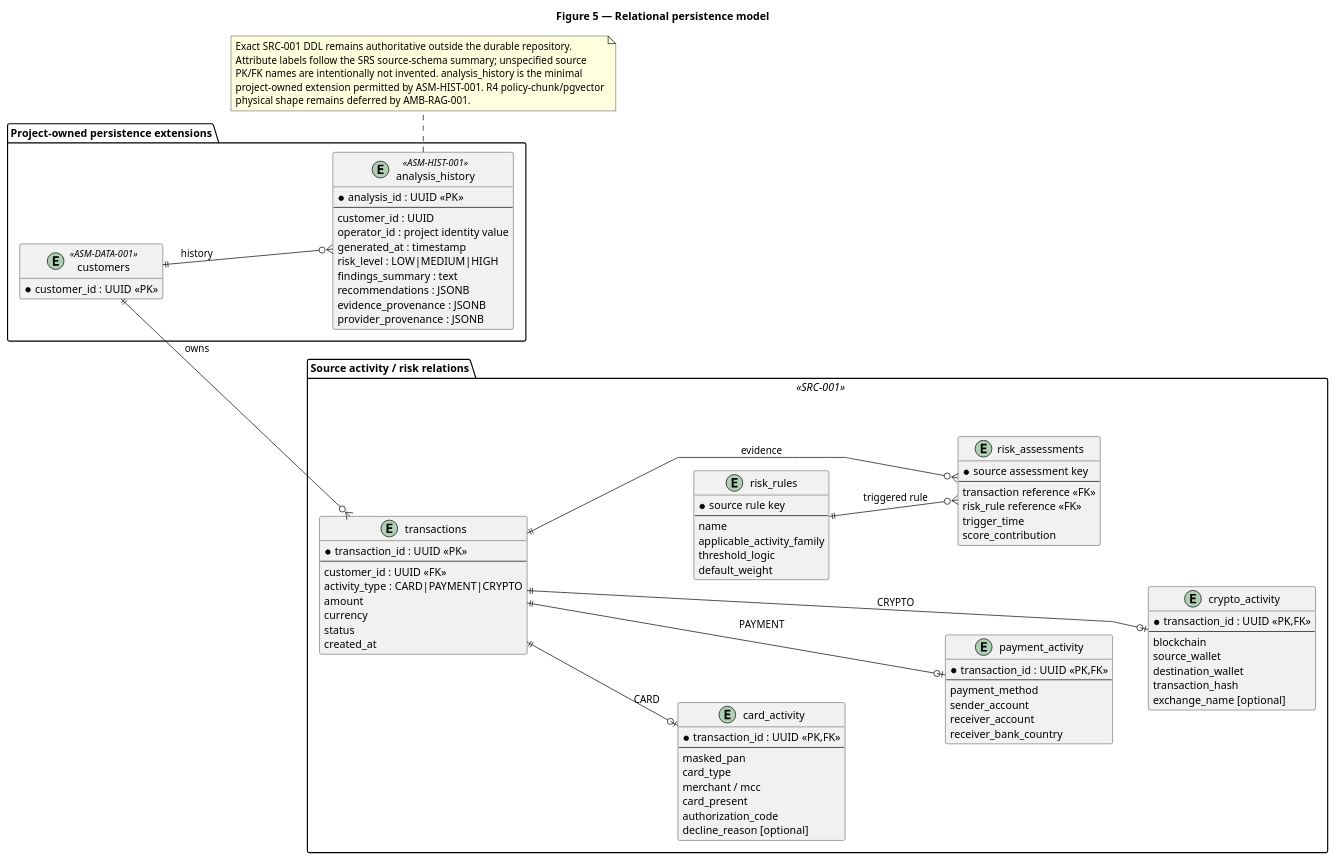
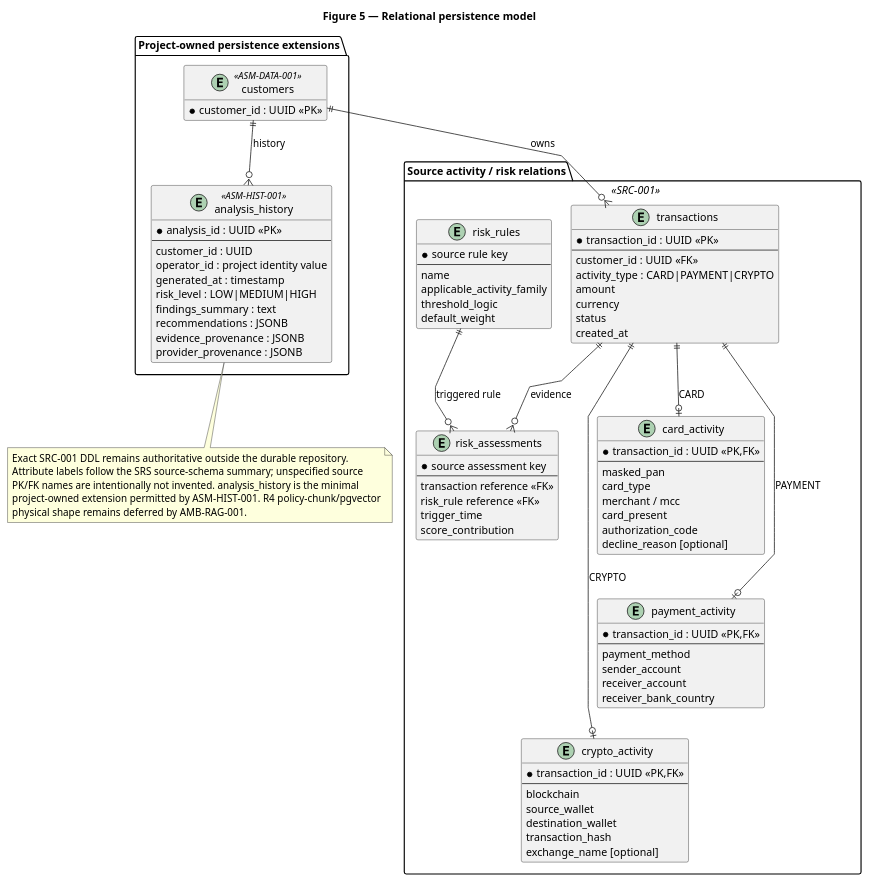
Before and after one commit to jdoe-dev-159753/specgraph-reference-app: the diagram in docs/assignment/SDD/diagrams/relational-schema.puml, drawn with PlantUML.

Commit message:
docs: narrow relational persistence figure

```diff
--- a/docs/assignment/SDD/diagrams/relational-schema.puml
+++ b/docs/assignment/SDD/diagrams/relational-schema.puml
@@ -1,102 +1,104 @@
 @startuml
 title Figure 5 — Relational persistence model
-left to right direction
+top to bottom direction
 hide methods
 skinparam linetype polyline
-skinparam nodesep 35
-skinparam ranksep 45
+skinparam nodesep 25
+skinparam ranksep 40
 
 package "Source activity / risk relations" <<SRC-001>> {
   entity transactions {
     * transaction_id : UUID <<PK>>
     --
     customer_id : UUID <<FK>>
     activity_type : CARD|PAYMENT|CRYPTO
     amount
     currency
     status
     created_at
   }
   entity card_activity {
     * transaction_id : UUID <<PK,FK>>
     --
     masked_pan
     card_type
     merchant / mcc
     card_present
     authorization_code
     decline_reason [optional]
   }
   entity payment_activity {
     * transaction_id : UUID <<PK,FK>>
     --
     payment_method
     sender_account
     receiver_account
     receiver_bank_country
   }
   entity crypto_activity {
     * transaction_id : UUID <<PK,FK>>
     --
     blockchain
     source_wallet
     destination_wallet
     transaction_hash
     exchange_name [optional]
   }
   entity risk_rules {
     * source rule key
     --
     name
     applicable_activity_family
     threshold_logic
     default_weight
   }
   entity risk_assessments {
     * source assessment key
     --
     transaction reference <<FK>>
     risk_rule reference <<FK>>
     trigger_time
     score_contribution
   }
+
+  transactions ||--o| card_activity : CARD
+  transactions ||--o| payment_activity : PAYMENT
+  transactions ||--o| crypto_activity : CRYPTO
+  transactions ||--o{ risk_assessments : evidence
+  risk_rules ||--o{ risk_assessments : triggered rule
+
+  card_activity -[hidden]down-> payment_activity
+  payment_activity -[hidden]down-> crypto_activity
+  risk_rules -[hidden]down-> risk_assessments
 }
 
 package "Project-owned persistence extensions" {
   entity customers <<ASM-DATA-001>> {
     * customer_id : UUID <<PK>>
   }
   entity analysis_history <<ASM-HIST-001>> {
     * analysis_id : UUID <<PK>>
     --
     customer_id : UUID
     operator_id : project identity value
     generated_at : timestamp
     risk_level : LOW|MEDIUM|HIGH
     findings_summary : text
     recommendations : JSONB
     evidence_provenance : JSONB
     provider_provenance : JSONB
   }
+
+  customers ||--o{ analysis_history : history
 }
 
 customers ||--o{ transactions : owns
-transactions ||--o| card_activity : CARD
-transactions ||--o| payment_activity : PAYMENT
-transactions ||--o| crypto_activity : CRYPTO
-transactions ||--o{ risk_assessments : evidence
-risk_rules ||--o{ risk_assessments : triggered rule
-customers ||--o{ analysis_history : history
-
-transactions -[hidden]-> risk_rules
-card_activity -[hidden]-> payment_activity
-payment_activity -[hidden]-> crypto_activity
 
 note bottom
   Exact SRC-001 DDL remains authoritative outside the durable repository.
   Attribute labels follow the SRS source-schema summary; unspecified source
   PK/FK names are intentionally not invented. analysis_history is the minimal
   project-owned extension permitted by ASM-HIST-001. R4 policy-chunk/pgvector
   physical shape remains deferred by AMB-RAG-001.
 end note
 @enduml
```
